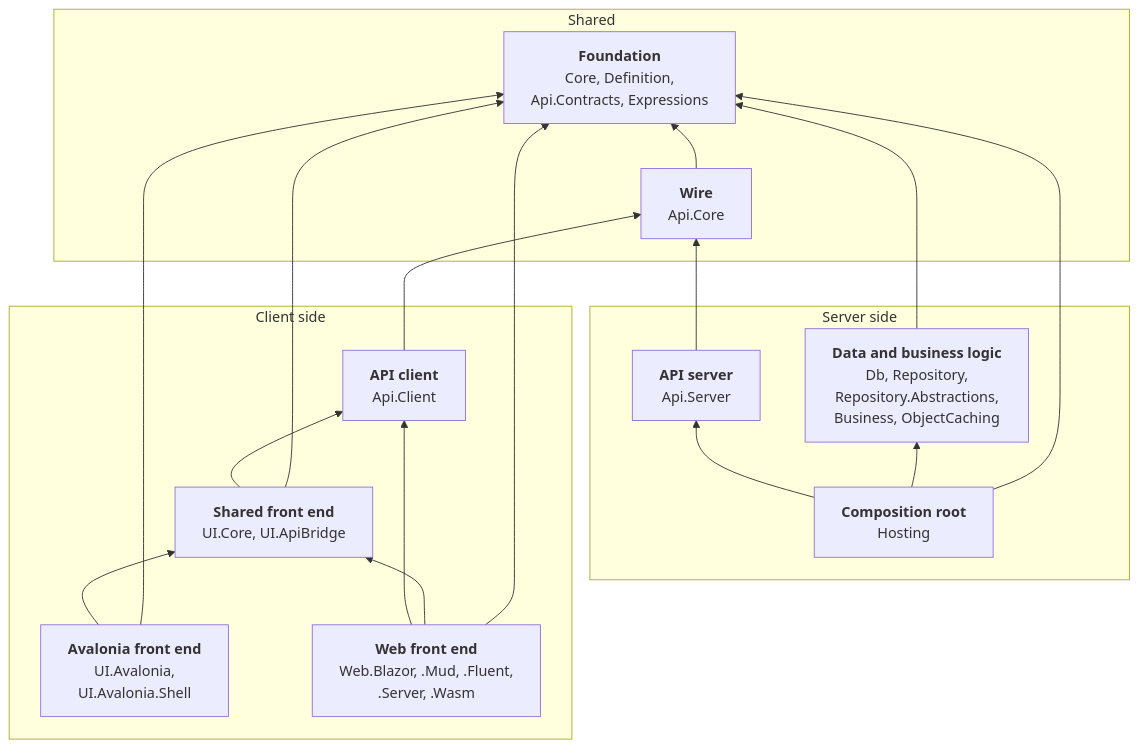
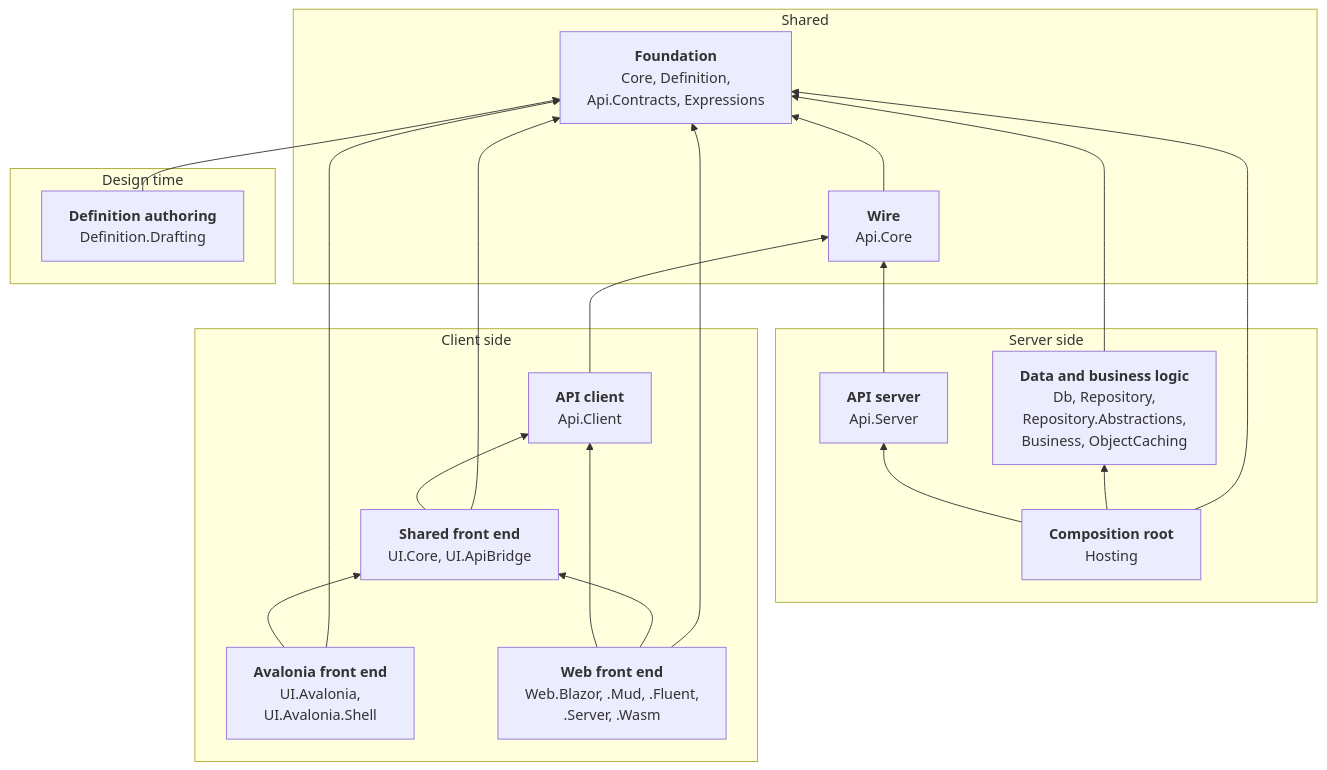
The first of 11 diagrams in docs/en/architecture/dependency-map.md (polhem-dev/polhem), drawn with Mermaid before and after one commit. The commit also changed other lines of this file and 29 other files, not shown here.

First line of the commit message:
Add Polhem.Definition.Drafting: document reading, form draft model and converter (#485)

````diff
--- a/docs/en/architecture/dependency-map.md
+++ b/docs/en/architecture/dependency-map.md
@@ -19,33 +20,37 @@
 ```mermaid
 graph BT
   subgraph SharedSide ["Shared"]
     Foundation["<b>Foundation</b><br/>Core, Definition,<br/>Api.Contracts, Expressions"]
     Wire["<b>Wire</b><br/>Api.Core"]
   end
   subgraph ServerSide ["Server side"]
     Backend["<b>Data and business logic</b><br/>Db, Repository,<br/>Repository.Abstractions,<br/>Business, ObjectCaching"]
     ApiServer["<b>API server</b><br/>Api.Server"]
     Composition["<b>Composition root</b><br/>Hosting"]
   end
   subgraph ClientSide ["Client side"]
     ApiClient["<b>API client</b><br/>Api.Client"]
     FrontShared["<b>Shared front end</b><br/>UI.Core, UI.ApiBridge"]
     Avalonia["<b>Avalonia front end</b><br/>UI.Avalonia,<br/>UI.Avalonia.Shell"]
     Web["<b>Web front end</b><br/>Web.Blazor, .Mud, .Fluent,<br/>.Server, .Wasm"]
   end
+  subgraph DesignSide ["Design time"]
+    Authoring["<b>Definition authoring</b><br/>Definition.Drafting"]
+  end
 
   Wire --> Foundation
   Backend --> Foundation
   ApiServer --> Wire
   Composition --> Foundation
   Composition --> Backend
   Composition --> ApiServer
   ApiClient --> Wire
   FrontShared --> Foundation
   FrontShared --> ApiClient
   Avalonia --> Foundation
   Avalonia --> FrontShared
   Web --> Foundation
   Web --> FrontShared
   Web --> ApiClient
+  Authoring --> Foundation
 ```
````
